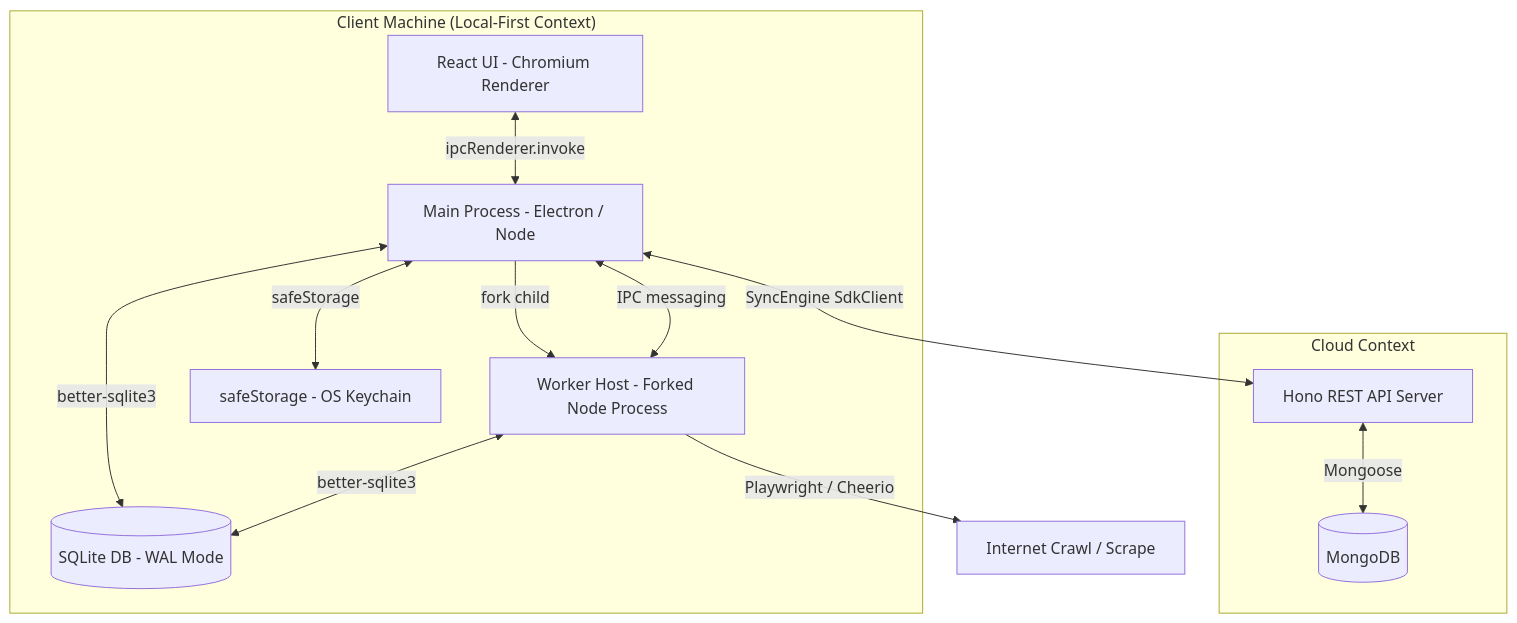
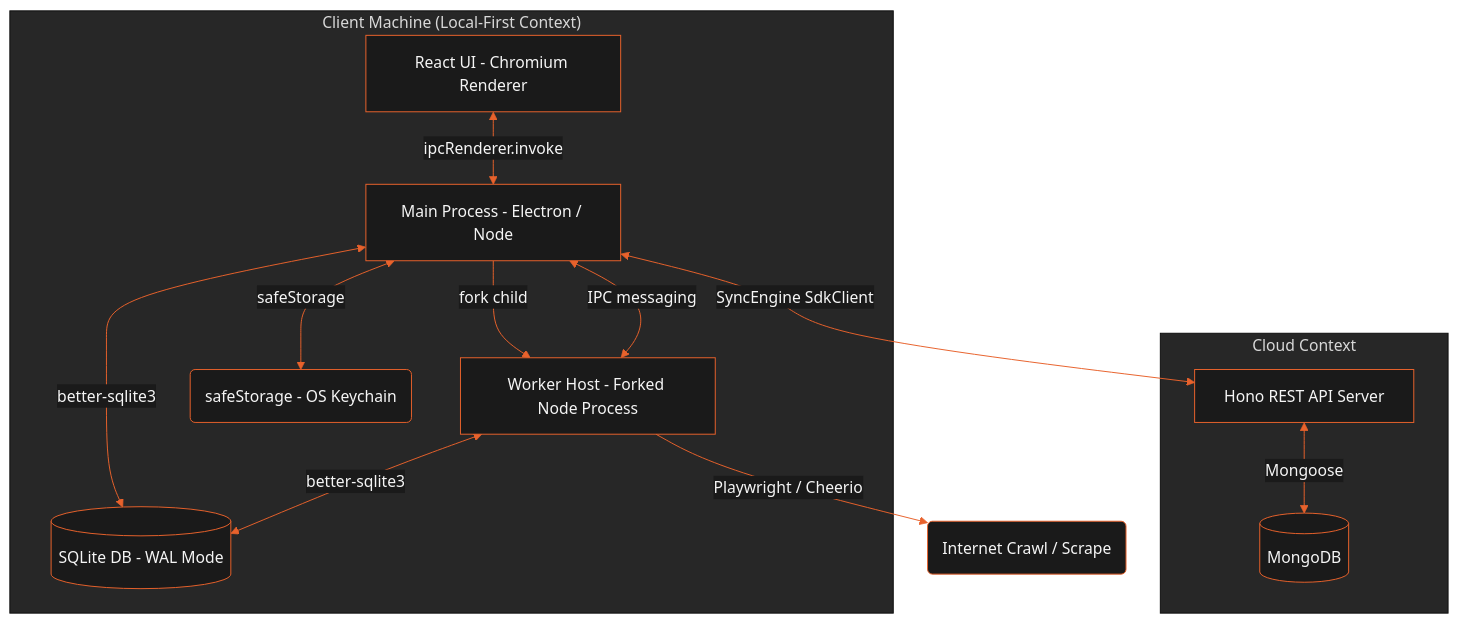
Before and after one commit to kjxcodez/leadforge-os: the first of 3 diagrams in docs/architecture/system-overview.mdx, drawn with Mermaid. The commit also changed other lines of this file and 41 other files, not shown here.

Commit message:
feat: initialize project documentation suite including architecture ADRs, developer guides, and product marketing content

````diff
--- a/docs/architecture/system-overview.mdx
+++ b/docs/architecture/system-overview.mdx
@@ -16,25 +14,33 @@
 ```mermaid
+%%{init: {'theme': 'base', 'themeVariables': {
+  'primaryColor': '#1a1a1a',
+  'primaryTextColor': '#f5f5f5',
+  'primaryBorderColor': '#E8622C',
+  'lineColor': '#E8622C',
+  'background': '#0d0d0d',
+  'fontFamily': 'Inter'
+}}}%%
 graph TD
   subgraph Client["Client Machine (Local-First Context)"]
     Renderer[React UI - Chromium Renderer]
     Main[Main Process - Electron / Node]
     Worker[Worker Host - Forked Node Process]
     SQLite[(SQLite DB - WAL Mode)]
-    safeStorage[safeStorage - OS Keychain]
+    safeStorage("safeStorage - OS Keychain")
   end
 
   subgraph Cloud["Cloud Context"]
     API[Hono REST API Server]
     Mongo[(MongoDB)]
   end
 
   Renderer <-->|ipcRenderer.invoke| Main
   Main <-->|safeStorage| safeStorage
   Main <-->|better-sqlite3| SQLite
   Main -->|fork child| Worker
   Worker <-->|IPC messaging| Main
   Worker <-->|better-sqlite3| SQLite
-  Worker -->|Playwright / Cheerio| Web[Internet Crawl / Scrape]
+  Worker -->|Playwright / Cheerio| Web("Internet Crawl / Scrape")
   Main <-->|SyncEngine SdkClient| API
   API <-->|Mongoose| Mongo
 ```
````
